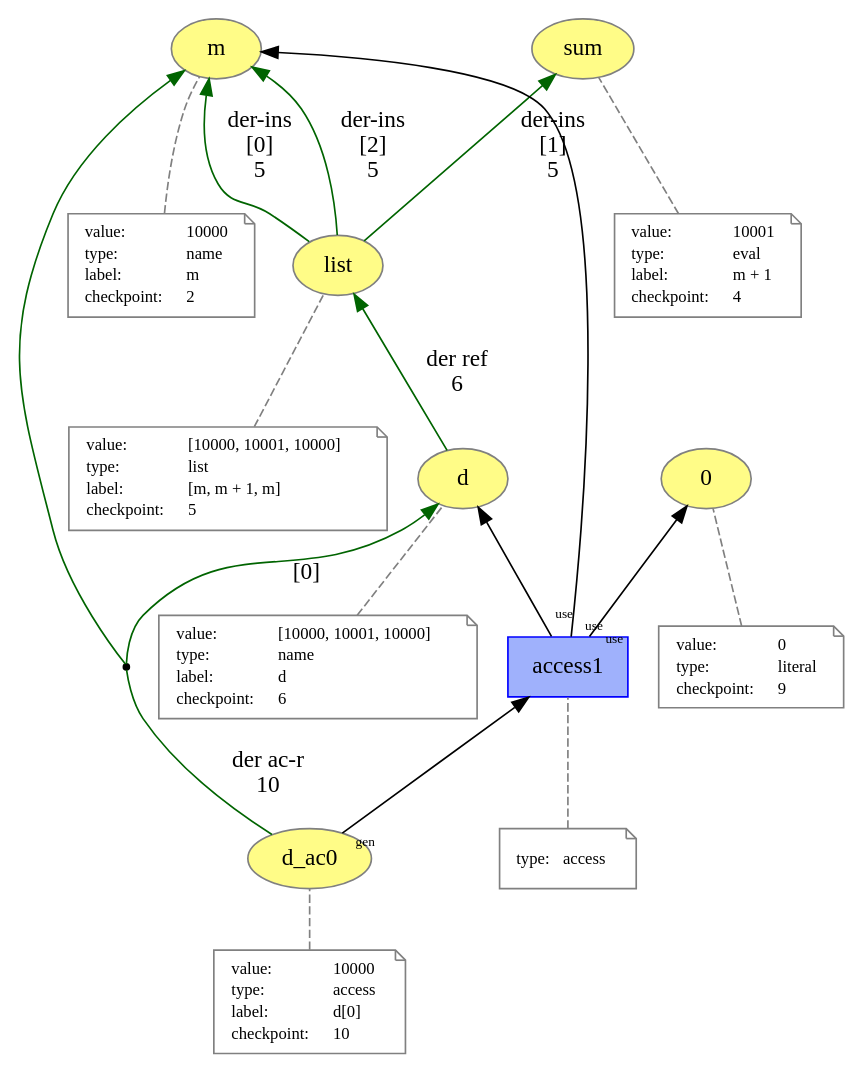
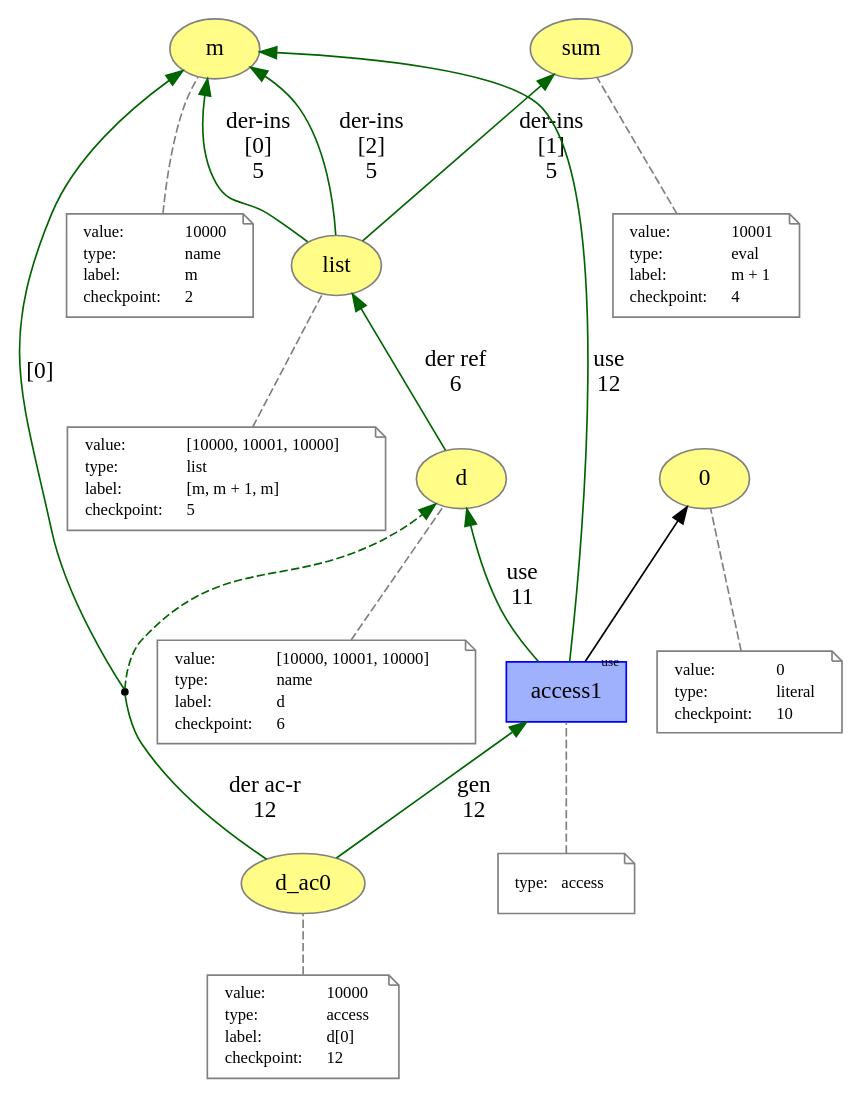
The diagram in generated/versioned_prov/access.dot (dew-uff/versioned-prov), drawn with Graphviz before and after one commit. The commit also changed 327 other files, not shown here.

```diff
--- a/generated/versioned_prov/access.dot
+++ b/generated/versioned_prov/access.dot
@@ -1,146 +1,149 @@
 digraph "PROV" { size="16,12"; rankdir="BT";
 "http://example.org/m" [fillcolor="#FFFC87",color="#808080",style="filled",label="m",URL="http://example.org/m"]
 "-attrs0" [color="gray",shape="note",fontsize="10",fontcolor="black",label=<<TABLE cellpadding="0" border="0">
 	<TR>
 	    <TD align="left">value:</TD>
 	    <TD align="left">10000</TD>
 	</TR>
 	<TR>
 	    <TD align="left">type:</TD>
 	    <TD align="left">name</TD>
 	</TR>
 	<TR>
 	    <TD align="left">label:</TD>
 	    <TD align="left">m</TD>
 	</TR>
 	<TR>
 	    <TD align="left">checkpoint:</TD>
 	    <TD align="left">2</TD>
 	</TR>
 </TABLE>>]
 "-attrs0" -> "http://example.org/m" [color="gray",style="dashed",arrowhead="none"]
 "http://example.org/sum" [fillcolor="#FFFC87",color="#808080",style="filled",label="sum",URL="http://example.org/sum"]
 "-attrs1" [color="gray",shape="note",fontsize="10",fontcolor="black",label=<<TABLE cellpadding="0" border="0">
 	<TR>
 	    <TD align="left">value:</TD>
 	    <TD align="left">10001</TD>
 	</TR>
 	<TR>
 	    <TD align="left">type:</TD>
 	    <TD align="left">eval</TD>
 	</TR>
 	<TR>
 	    <TD align="left">label:</TD>
 	    <TD align="left">m + 1</TD>
 	</TR>
 	<TR>
 	    <TD align="left">checkpoint:</TD>
 	    <TD align="left">4</TD>
 	</TR>
 </TABLE>>]
 "-attrs1" -> "http://example.org/sum" [color="gray",style="dashed",arrowhead="none"]
 "http://example.org/list" [fillcolor="#FFFC87",color="#808080",style="filled",label="list",URL="http://example.org/list"]
 "-attrs2" [color="gray",shape="note",fontsize="10",fontcolor="black",label=<<TABLE cellpadding="0" border="0">
 	<TR>
 	    <TD align="left">value:</TD>
 	    <TD align="left">[10000, 10001, 10000]</TD>
 	</TR>
 	<TR>
 	    <TD align="left">type:</TD>
 	    <TD align="left">list</TD>
 	</TR>
 	<TR>
 	    <TD align="left">label:</TD>
 	    <TD align="left">[m, m + 1, m]</TD>
 	</TR>
 	<TR>
 	    <TD align="left">checkpoint:</TD>
 	    <TD align="left">5</TD>
 	</TR>
 </TABLE>>]
 "-attrs2" -> "http://example.org/list" [color="gray",style="dashed",arrowhead="none"]
 "http://example.org/list" -> "http://example.org/m" [labelfontsize="8",labeldistance="1.5",color="darkgreen",labelangle="60.0",rotation="20",label="der-ins
 [0]
 5"]
 "http://example.org/list" -> "http://example.org/sum" [labelfontsize="8",labeldistance="1.5",color="darkgreen",labelangle="60.0",rotation="20",label="der-ins
 [1]
 5"]
 "http://example.org/list" -> "http://example.org/m" [labelfontsize="8",labeldistance="1.5",color="darkgreen",labelangle="60.0",rotation="20",label="der-ins
 [2]
 5"]
 "http://example.org/d" [fillcolor="#FFFC87",color="#808080",style="filled",label="d",URL="http://example.org/d"]
 "-attrs3" [color="gray",shape="note",fontsize="10",fontcolor="black",label=<<TABLE cellpadding="0" border="0">
 	<TR>
 	    <TD align="left">value:</TD>
 	    <TD align="left">[10000, 10001, 10000]</TD>
 	</TR>
 	<TR>
 	    <TD align="left">type:</TD>
 	    <TD align="left">name</TD>
 	</TR>
 	<TR>
 	    <TD align="left">label:</TD>
 	    <TD align="left">d</TD>
 	</TR>
 	<TR>
 	    <TD align="left">checkpoint:</TD>
 	    <TD align="left">6</TD>
 	</TR>
 </TABLE>>]
 "-attrs3" -> "http://example.org/d" [color="gray",style="dashed",arrowhead="none"]
 "http://example.org/d" -> "http://example.org/list" [labelfontsize="8",labeldistance="1.5",color="darkgreen",labelangle="60.0",rotation="20",label="der ref
 6"]
 "http://example.org/0" [fillcolor="#FFFC87",color="#808080",style="filled",label="0",URL="http://example.org/0"]
 "-attrs4" [color="gray",shape="note",fontsize="10",fontcolor="black",label=<<TABLE cellpadding="0" border="0">
 	<TR>
 	    <TD align="left">value:</TD>
 	    <TD align="left">0</TD>
 	</TR>
 	<TR>
 	    <TD align="left">type:</TD>
 	    <TD align="left">literal</TD>
 	</TR>
 	<TR>
 	    <TD align="left">checkpoint:</TD>
-	    <TD align="left">9</TD>
+	    <TD align="left">10</TD>
 	</TR>
 </TABLE>>]
 "-attrs4" -> "http://example.org/0" [color="gray",style="dashed",arrowhead="none"]
 "http://example.org/d_ac0" [fillcolor="#FFFC87",color="#808080",style="filled",label="d_ac0",URL="http://example.org/d_ac0"]
 "-attrs5" [color="gray",shape="note",fontsize="10",fontcolor="black",label=<<TABLE cellpadding="0" border="0">
 	<TR>
 	    <TD align="left">value:</TD>
 	    <TD align="left">10000</TD>
 	</TR>
 	<TR>
 	    <TD align="left">type:</TD>
 	    <TD align="left">access</TD>
 	</TR>
 	<TR>
 	    <TD align="left">label:</TD>
 	    <TD align="left">d[0]</TD>
 	</TR>
 	<TR>
 	    <TD align="left">checkpoint:</TD>
-	    <TD align="left">10</TD>
+	    <TD align="left">12</TD>
 	</TR>
 </TABLE>>]
 "-attrs5" -> "http://example.org/d_ac0" [color="gray",style="dashed",arrowhead="none"]
 "http://example.org/access1" [fillcolor="#9FB1FC",color="#0000FF",shape="polygon",sides="4",style="filled",label="access1",URL="http://example.org/access1"]
 "-attrs6" [color="gray",shape="note",fontsize="10",fontcolor="black",label=<<TABLE cellpadding="0" border="0">
 	<TR>
 	    <TD align="left">type:</TD>
 	    <TD align="left">access</TD>
 	</TR>
 </TABLE>>]
 "-attrs6" -> "http://example.org/access1" [color="gray",style="dashed",arrowhead="none"]
-"http://example.org/access1" -> "http://example.org/d" [labelfontsize="8",labeldistance="1.5",labelangle="60.0",rotation="20",taillabel="use"]
+"http://example.org/access1" -> "http://example.org/d" [labelfontsize="8",labeldistance="1.5",color="darkgreen",labelangle="60.0",rotation="20",label="use
+11"]
 "http://example.org/access1" -> "http://example.org/0" [labelfontsize="8",labeldistance="1.5",labelangle="60.0",rotation="20",taillabel="use"]
 "bn0" [shape="point",label=""]
 "http://example.org/d_ac0" -> "bn0" [labelfontsize="8",labeldistance="1.5",color="darkgreen",labelangle="60.0",rotation="20",label="der ac-r
-10",arrowhead="none"]
-"bn0" -> "http://example.org/d" [labelfontsize="8",labeldistance="1.5",color="darkgreen",labelangle="60.0",rotation="20",label="[0]"]
-"bn0" -> "http://example.org/m" [color="darkgreen"]
-"http://example.org/access1" -> "http://example.org/m" [labelfontsize="8",labeldistance="1.5",labelangle="60.0",rotation="20",taillabel="use"]
-"http://example.org/d_ac0" -> "http://example.org/access1" [labelfontsize="8",labeldistance="1.5",labelangle="60.0",rotation="20",taillabel="gen"]
+12",arrowhead="none"]
+"bn0" -> "http://example.org/d" [color="darkgreen",style="dashed"]
+"bn0" -> "http://example.org/m" [labelfontsize="8",labeldistance="1.5",color="darkgreen",labelangle="60.0",rotation="20",label="[0]"]
+"http://example.org/access1" -> "http://example.org/m" [labelfontsize="8",labeldistance="1.5",color="darkgreen",labelangle="60.0",rotation="20",label="use
+12"]
+"http://example.org/d_ac0" -> "http://example.org/access1" [labelfontsize="8",labeldistance="1.5",color="darkgreen",labelangle="60.0",rotation="20",label="gen
+12"]
 }
```
